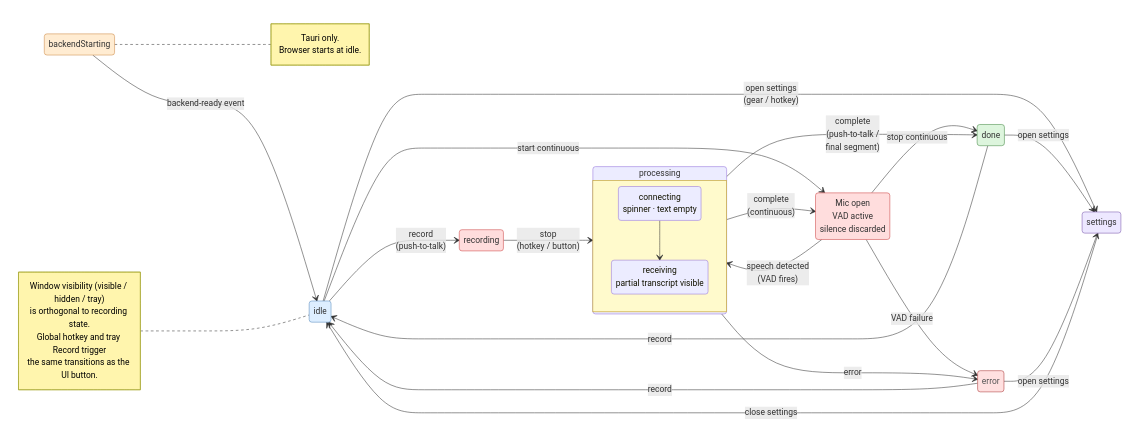
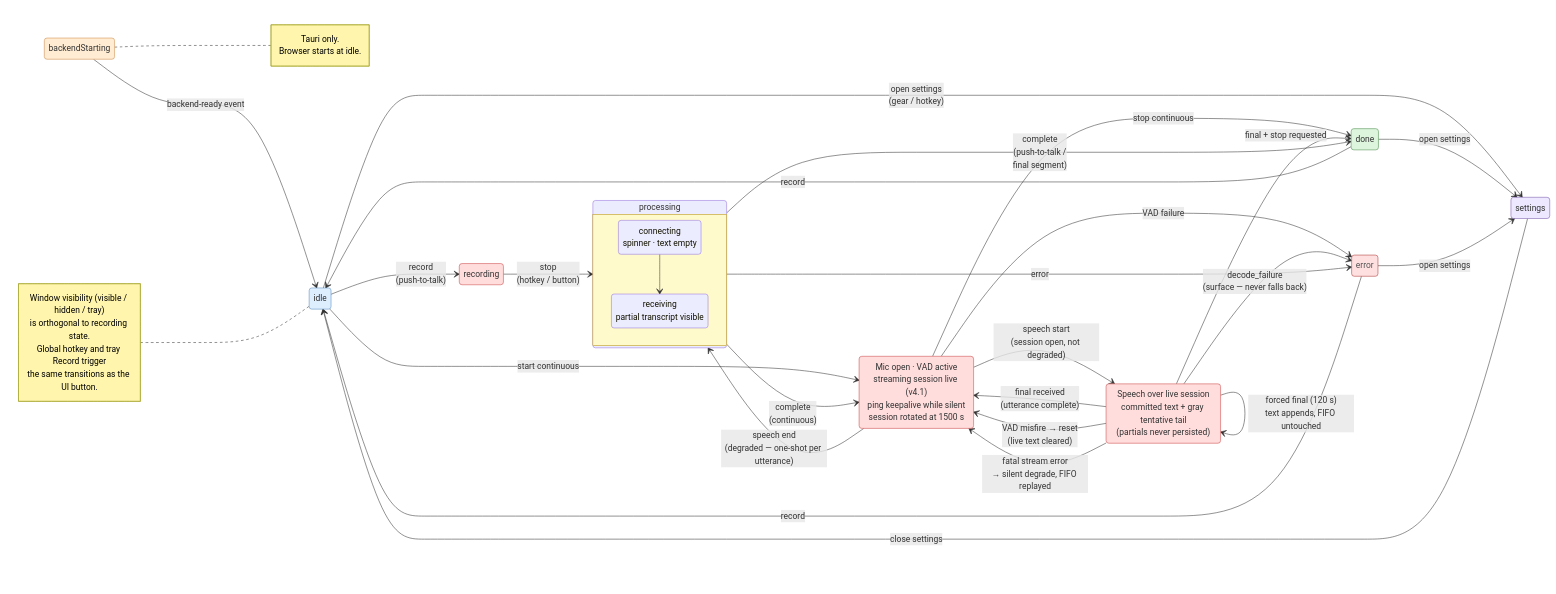
One commit to JohnYanez95/voice-scribe changed the diagram in docs/diagrams/state-machine.mmd. Above: the diagram before and after it, drawn with Mermaid. The commit also changed 4 other files, not shown here.

First line of the commit message:
docs+types: v4.1 step 3 — diagrams before component code, streaming wire types

```diff
--- a/docs/diagrams/state-machine.mmd
+++ b/docs/diagrams/state-machine.mmd
@@ -1,52 +1,62 @@
 stateDiagram-v2
     direction LR
 
     classDef idleClass    fill:#ddeeff,stroke:#5588bb,color:#333
     classDef activeClass  fill:#ffdddd,stroke:#cc4444,color:#333
     classDef inflightClass fill:#fffacc,stroke:#b8900a,color:#333
     classDef successClass fill:#ddf5dd,stroke:#448844,color:#333
     classDef failureClass fill:#ffe0e0,stroke:#aa3333,color:#555
     classDef uiClass      fill:#ede8ff,stroke:#7755aa,color:#333
     classDef tauriClass   fill:#ffecd2,stroke:#cc8844,color:#333
 
     backendStarting --> idle : backend-ready event
     note right of backendStarting : Tauri only.<br/>Browser starts at idle.
 
     idle --> recording : record<br/>(push-to-talk)
     idle --> listening : start continuous
     note left of idle : Window visibility (visible / hidden / tray)<br/>is orthogonal to recording state.<br/>Global hotkey and tray Record trigger<br/>the same transitions as the UI button.
 
     recording --> processing : stop<br/>(hotkey / button)
 
-    listening : Mic open<br/>VAD active<br/>silence discarded
-    listening --> processing : speech detected<br/>(VAD fires)
+    listening : Mic open · VAD active<br/>streaming session live (v4.1)<br/>ping keepalive while silent<br/>session rotated at 1500 s
+    listening --> streaming : speech start<br/>(session open, not degraded)
+    listening --> processing : speech end<br/>(degraded — one-shot per utterance)
     listening --> done : stop continuous
     listening --> error : VAD failure
+
+    streaming : Speech over live session<br/>committed text + gray tentative tail<br/>(partials never persisted)
+    streaming --> streaming : forced final (120 s)<br/>text appends, FIFO untouched
+    streaming --> listening : final received<br/>(utterance complete)
+    streaming --> listening : VAD misfire → reset<br/>(live text cleared)
+    streaming --> listening : fatal stream error<br/>→ silent degrade, FIFO replayed
+    streaming --> done : final + stop requested
+    streaming --> error : decode_failure<br/>(surface — never falls back)
 
     state processing {
         direction TB
         connecting : connecting<br/>spinner · text empty
         receiving : receiving<br/>partial transcript visible
         connecting --> receiving
     }
 
     processing --> done : complete<br/>(push-to-talk /<br/>final segment)
     processing --> listening : complete<br/>(continuous)
     processing --> error : error
 
     done --> idle : record
     error --> idle : record
 
     idle --> settings : open settings<br/>(gear / hotkey)
     done --> settings : open settings
     error --> settings : open settings
     settings --> idle : close settings
 
     class idle idleClass
     class recording activeClass
     class listening activeClass
+    class streaming activeClass
     class processing inflightClass
     class done successClass
     class error failureClass
     class backendStarting tauriClass
     class settings uiClass
```
